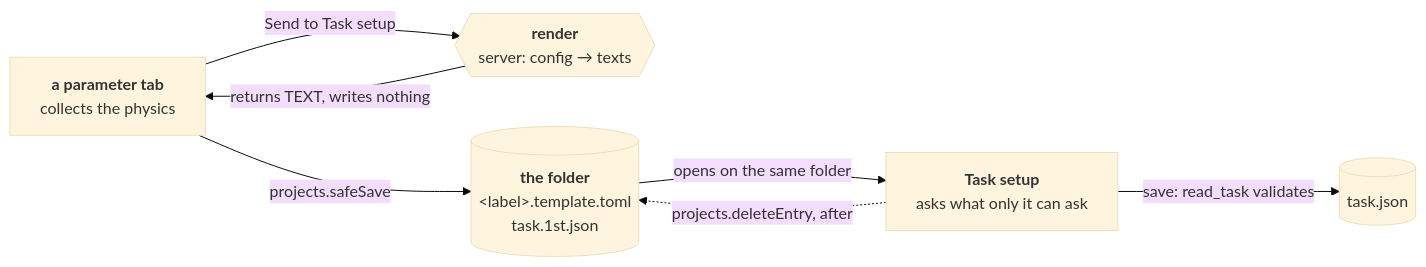
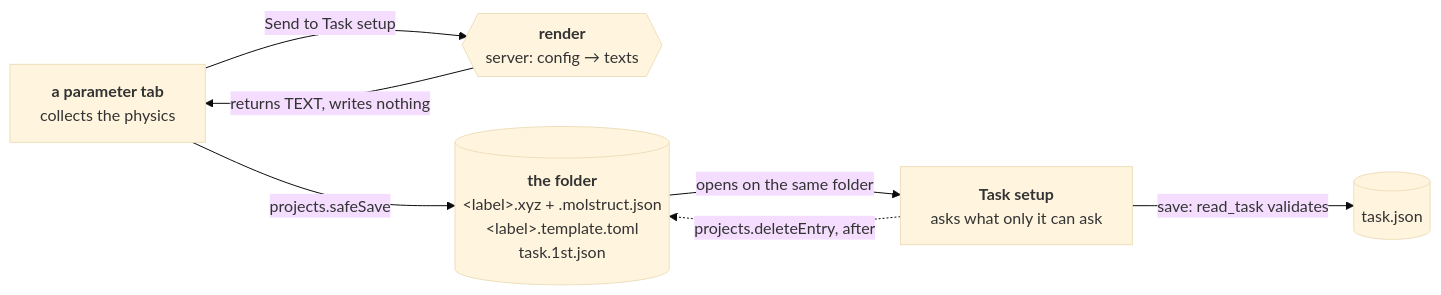
One commit to Qing-LAB/molbuilder changed the diagram in docs/web/handover-procedure.md. Above: the diagram before and after it, drawn with Mermaid (base theme). The commit also changed other lines of this file and 3 other files, not shown here.

````diff
--- a/docs/web/handover-procedure.md
+++ b/docs/web/handover-procedure.md
@@ -39,14 +39,14 @@
 ```mermaid
 flowchart LR
   P["<b>a parameter tab</b><br/>collects the physics"]
   R{{"<b>render</b><br/>server: config → texts"}}
-  W[("<b>the folder</b><br/>&lt;label&gt;.template.toml<br/>task.1st.json")]
+  W[("<b>the folder</b><br/>&lt;label&gt;.xyz + .molstruct.json<br/>&lt;label&gt;.template.toml<br/>task.1st.json")]
   T["<b>Task setup</b><br/>asks what only it can ask"]
   D[("task.json")]
   P -->|"Send to Task setup"| R
   R -->|"returns TEXT, writes nothing"| P
   P -->|"projects.safeSave"| W
   W -->|"opens on the same folder"| T
   T -->|"save: read_task validates"| D
   T -.->|"projects.deleteEntry, after"| W
 ```
````
